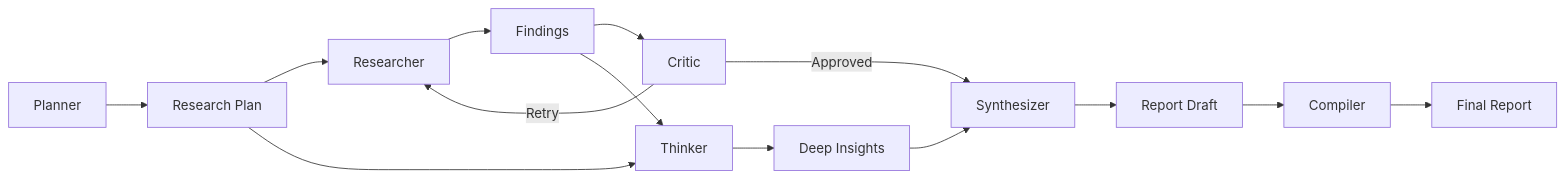
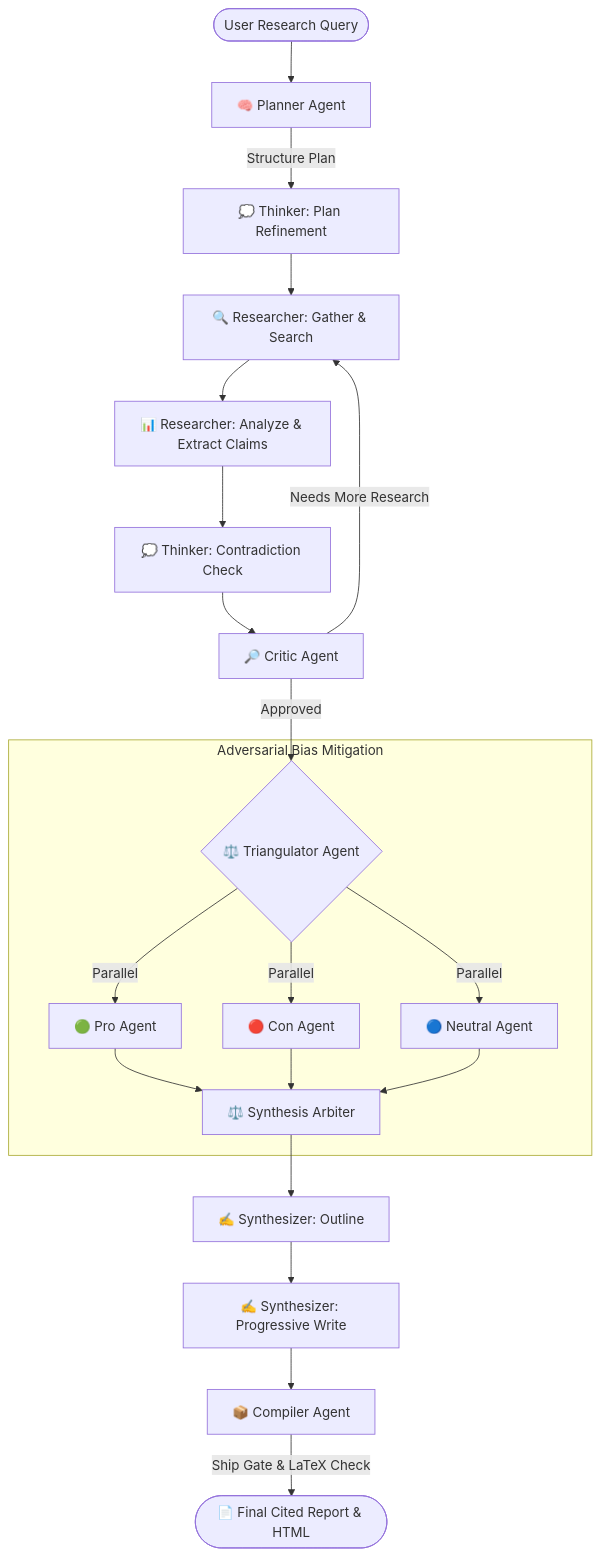
The second of 2 diagrams in README.md (sarv-projects/Autonomous-Research-Agent), drawn with Mermaid before and after one commit. The commit also changed other lines of this file and 1 other file, not shown here.

Commit message:
docs: overhaul README with dynamic hero banner, architecture diagrams & feature matrices

````diff
--- a/README.md
+++ b/README.md
@@ -100,16 +192,24 @@
 ```mermaid
-graph LR
-    Planner[Planner] --> Plan[Research Plan]
-    Plan --> Researcher[Researcher]
-    Researcher --> Findings[Findings]
-    Findings --> Critic[Critic]
-    Critic -->|Approved| Synthesizer[Synthesizer]
-    Critic -->|Retry| Researcher
-    Synthesizer --> Draft[Report Draft]
-    Draft --> Compiler[Compiler]
-    Compiler --> Report[Final Report]
-    Plan --> Thinker[Thinker]
-    Findings --> Thinker
-    Thinker --> Insights[Deep Insights]
-    Insights --> Synthesizer
+graph TD
+    UserQuery([User Research Query]) --> Planner[🧠 Planner Agent]
+    Planner -->|Structure Plan| ThinkerPlan[💭 Thinker: Plan Refinement]
+    ThinkerPlan --> ResGather[🔍 Researcher: Gather & Search]
+    ResGather --> ResAnalyze[📊 Researcher: Analyze & Extract Claims]
+    ResAnalyze --> ThinkerCheck[💭 Thinker: Contradiction Check]
+    ThinkerCheck --> Critic[🔎 Critic Agent]
+    
+    Critic -->|Needs More Research| ResGather
+    Critic -->|Approved| Triangulator{⚖️ Triangulator Agent}
+    
+    subgraph Triangulation[" Adversarial Bias Mitigation "]
+        Triangulator -->|Parallel| Pro[🟢 Pro Agent]
+        Triangulator -->|Parallel| Con[🔴 Con Agent]
+        Triangulator -->|Parallel| Neutral[🔵 Neutral Agent]
+        Pro & Con & Neutral --> Arbiter[⚖️ Synthesis Arbiter]
+    end
+
+    Arbiter --> SynthOutline[✍️ Synthesizer: Outline]
+    SynthOutline --> SynthWrite[✍️ Synthesizer: Progressive Write]
+    SynthWrite --> Compiler[📦 Compiler Agent]
+    Compiler -->|Ship Gate & LaTeX Check| Report([📄 Final Cited Report & HTML])
 ```
````
